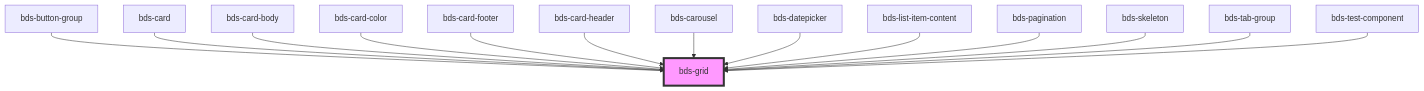
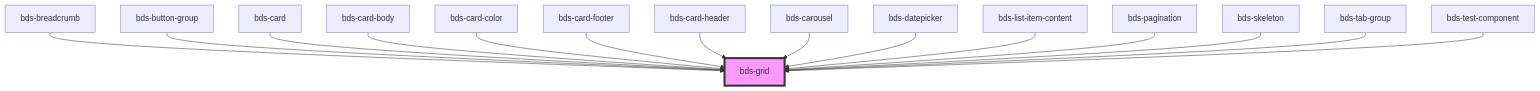
Before and after one commit to takenet/blip-ds: the diagram in src/components/grid/readme.md, drawn with Mermaid. The commit also changed other lines of this file and 9 other files, not shown here.

````diff
--- a/src/components/grid/readme.md
+++ b/src/components/grid/readme.md
@@ -56,17 +57,18 @@
 ```mermaid
 graph TD;
+  bds-breadcrumb --> bds-grid
   bds-button-group --> bds-grid
   bds-card --> bds-grid
   bds-card-body --> bds-grid
   bds-card-color --> bds-grid
   bds-card-footer --> bds-grid
   bds-card-header --> bds-grid
   bds-carousel --> bds-grid
   bds-datepicker --> bds-grid
   bds-list-item-content --> bds-grid
   bds-pagination --> bds-grid
   bds-skeleton --> bds-grid
   bds-tab-group --> bds-grid
   bds-test-component --> bds-grid
   style bds-grid fill:#f9f,stroke:#333,stroke-width:4px
 ```
````
